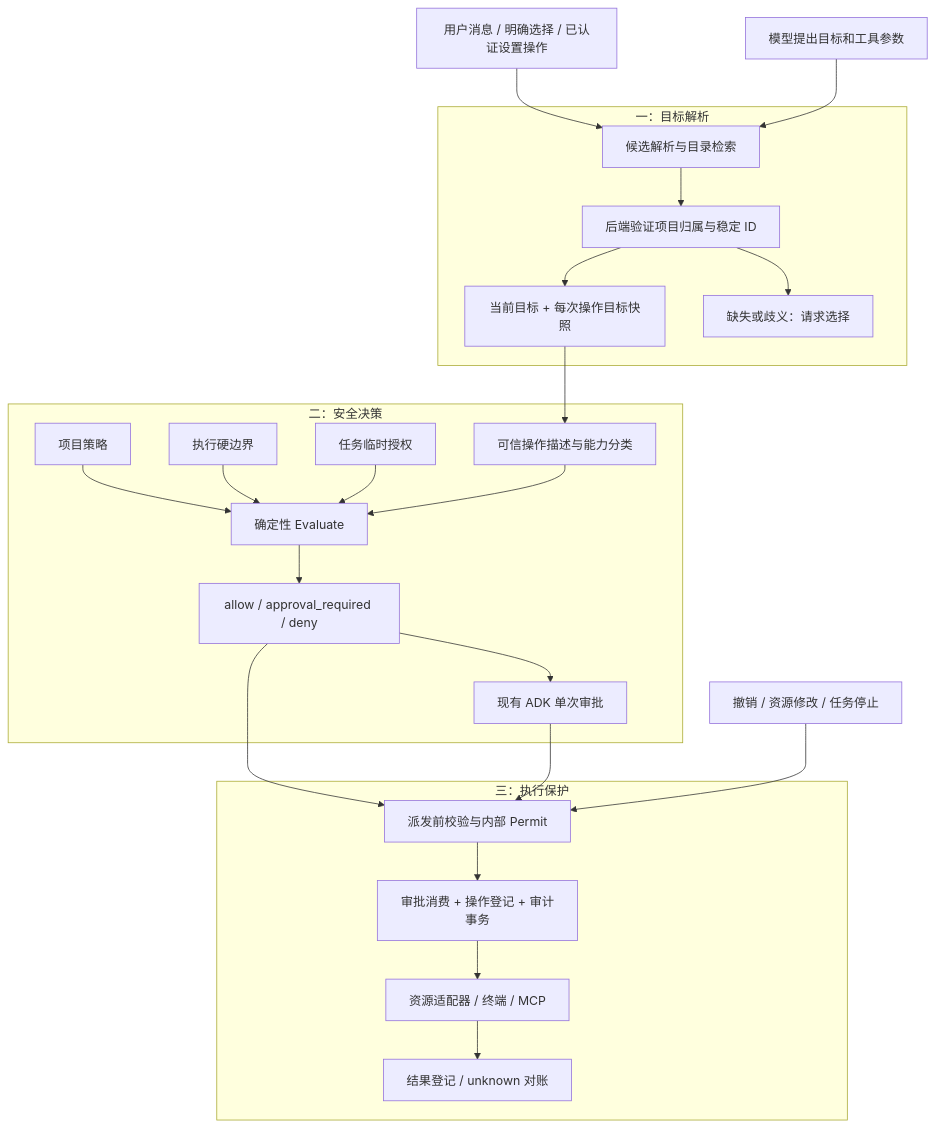
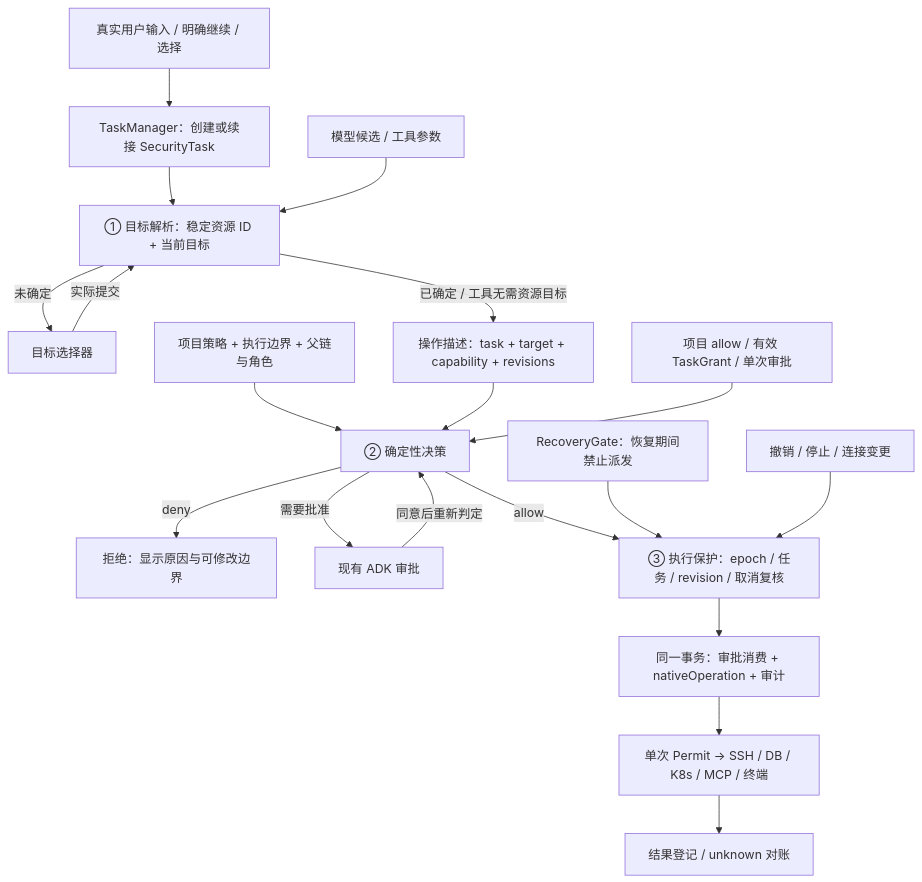
Before and after one commit to Clean-Lakes/Lake: the first of 4 diagrams in docs/design/lake-security-v1.md, drawn with Mermaid. The commit also changed other lines of this file and 1 other file, not shown here.

Commit message:
docs: refine security task lifecycle and recovery authorization

````diff
--- a/docs/design/lake-security-v1.md
+++ b/docs/design/lake-security-v1.md
@@ -40,27 +42,21 @@
 ```mermaid
 flowchart TB
-    U[用户消息 / 明确选择 / 已认证设置操作] --> R
-    M[模型提出目标和工具参数] --> R
-    subgraph L1[一：目标解析]
-      R[候选解析与目录检索] --> V[后端验证项目归属与稳定 ID]
-      V --> T[当前目标 + 每次操作目标快照]
-      V --> Q[缺失或歧义：请求选择]
-    end
-    subgraph L2[二：安全决策]
-      T --> O[可信操作描述与能力分类]
-      P[项目策略] --> E[确定性 Evaluate]
-      B[执行硬边界] --> E
-      G[任务临时授权] --> E
-      O --> E
-      E --> A[allow / approval_required / deny]
-      A --> C[现有 ADK 单次审批]
-    end
-    subgraph L3[三：执行保护]
-      A --> D[派发前校验与内部 Permit]
-      C --> D
-      D --> X[审批消费 + 操作登记 + 审计事务]
-      X --> I[资源适配器 / 终端 / MCP]
-      I --> Z[结果登记 / unknown 对账]
-    end
-    RV[撤销 / 资源修改 / 任务停止] --> D
+    U[真实用户输入 / 明确继续 / 选择] --> TM[TaskManager：创建或续接 SecurityTask]
+    TM --> R[① 目标解析：稳定资源 ID + 当前目标]
+    M[模型候选 / 工具参数] --> R
+    R -->|未确定| Q[目标选择器]
+    Q -->|实际提交| R
+    R -->|已确定 / 工具无需资源目标| O[操作描述：task + target + capability + revisions]
+    P[项目策略 + 执行边界 + 父链与角色] --> E[② 确定性决策]
+    O --> E
+    G[项目 allow / 有效 TaskGrant / 单次审批] --> E
+    E -->|deny| N[拒绝：显示原因与可修改边界]
+    E -->|需要批准| C[现有 ADK 审批]
+    C -->|同意后重新判定| E
+    E -->|allow| D[③ 执行保护：epoch / 任务 / revision / 取消复核]
+    RG[RecoveryGate：恢复期间禁止派发] --> D
+    D --> X[同一事务：审批消费 + nativeOperation + 审计]
+    X --> I[单次 Permit → SSH / DB / K8s / MCP / 终端]
+    I --> Z[结果登记 / unknown 对账]
+    RV[撤销 / 停止 / 连接变更] --> D
 ```
````
